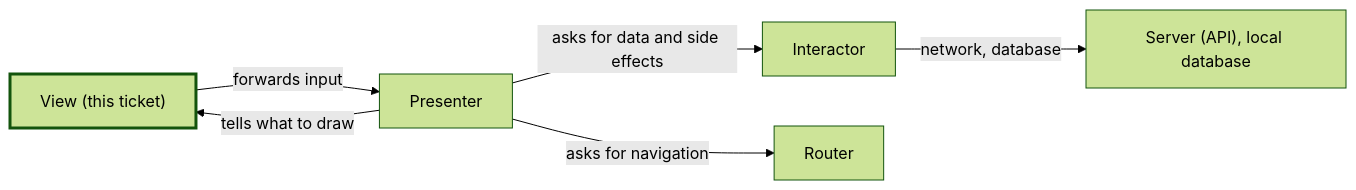
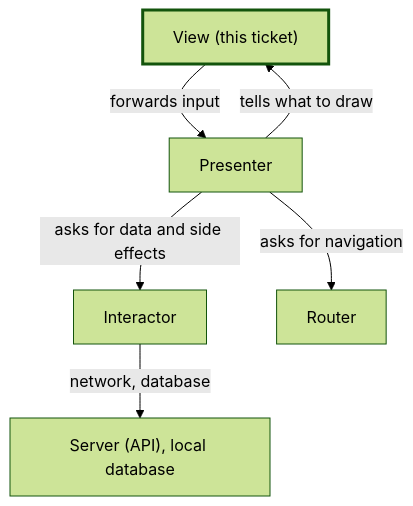
The fourth of 10 diagrams in content/Sansan-Internship.md (riceset/quartz), drawn with Mermaid (forest theme) before and after one commit. The commit also changed other lines of this file, not shown here.

Commit message:
Improve Sansan article diagrams on mobile

````diff
--- a/content/Sansan-Internship.md
+++ b/content/Sansan-Internship.md
@@ -198,9 +180,9 @@
 ```mermaid
-graph LR
+graph TB
     View["View (this ticket)"] -->|forwards input| Presenter
     Presenter -->|tells what to draw| View
     Presenter -->|asks for data and side effects| Interactor
     Presenter -->|asks for navigation| Router
     Interactor -->|network, database| External["Server (API), local database"]
     style View stroke-width:3px
 ```
````
